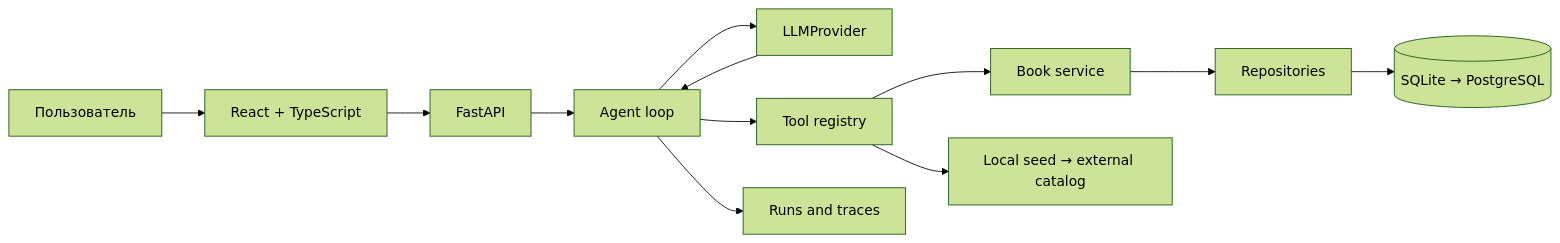
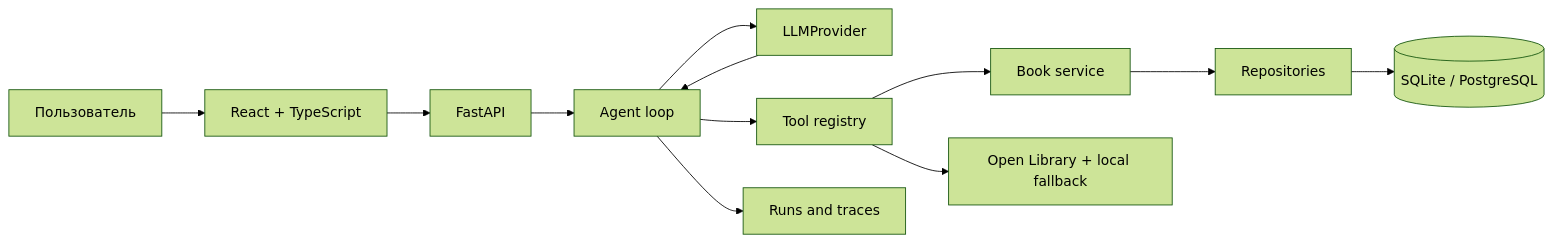
One commit to nickkupriyanov/book-agent changed the diagram in README.md. Above: the diagram before and after it, drawn with Mermaid (forest theme). The commit also changed other lines of this file and 7 other files, not shown here.

Commit message:
test: close external catalog stage

````diff
--- a/README.md
+++ b/README.md
@@ -68,14 +67,14 @@
 ```mermaid
 flowchart LR
     U["Пользователь"] --> UI["React + TypeScript"]
     UI --> API["FastAPI"]
     API --> LOOP["Agent loop"]
     LOOP --> LLM["LLMProvider"]
     LLM --> LOOP
     LOOP --> REG["Tool registry"]
     REG --> SVC["Book service"]
     SVC --> REPO["Repositories"]
-    REPO --> DB[("SQLite → PostgreSQL")]
-    REG --> CATALOG["Local seed → external catalog"]
+    REPO --> DB[("SQLite / PostgreSQL")]
+    REG --> CATALOG["Open Library + local fallback"]
     LOOP --> TRACE["Runs and traces"]
 ```
````
